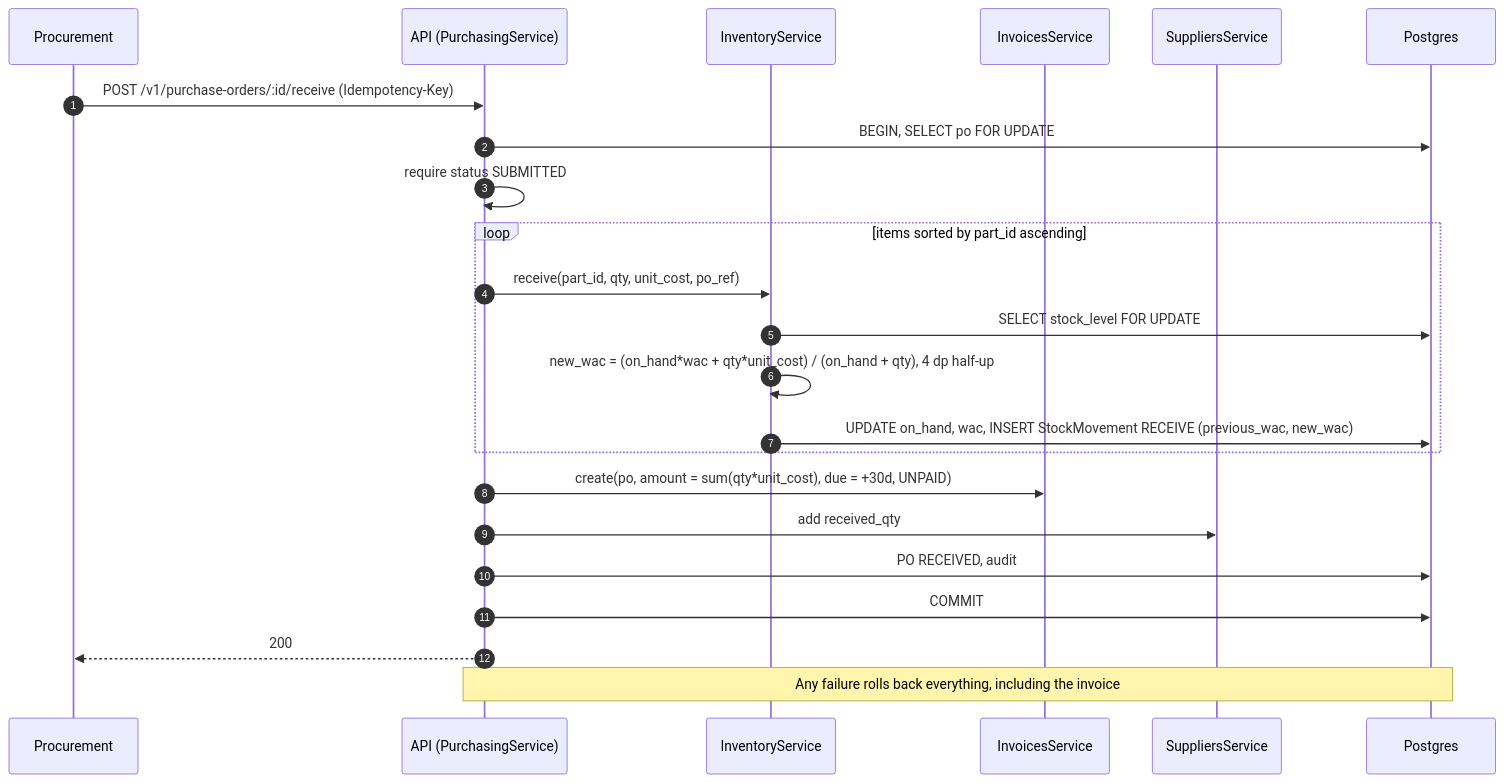
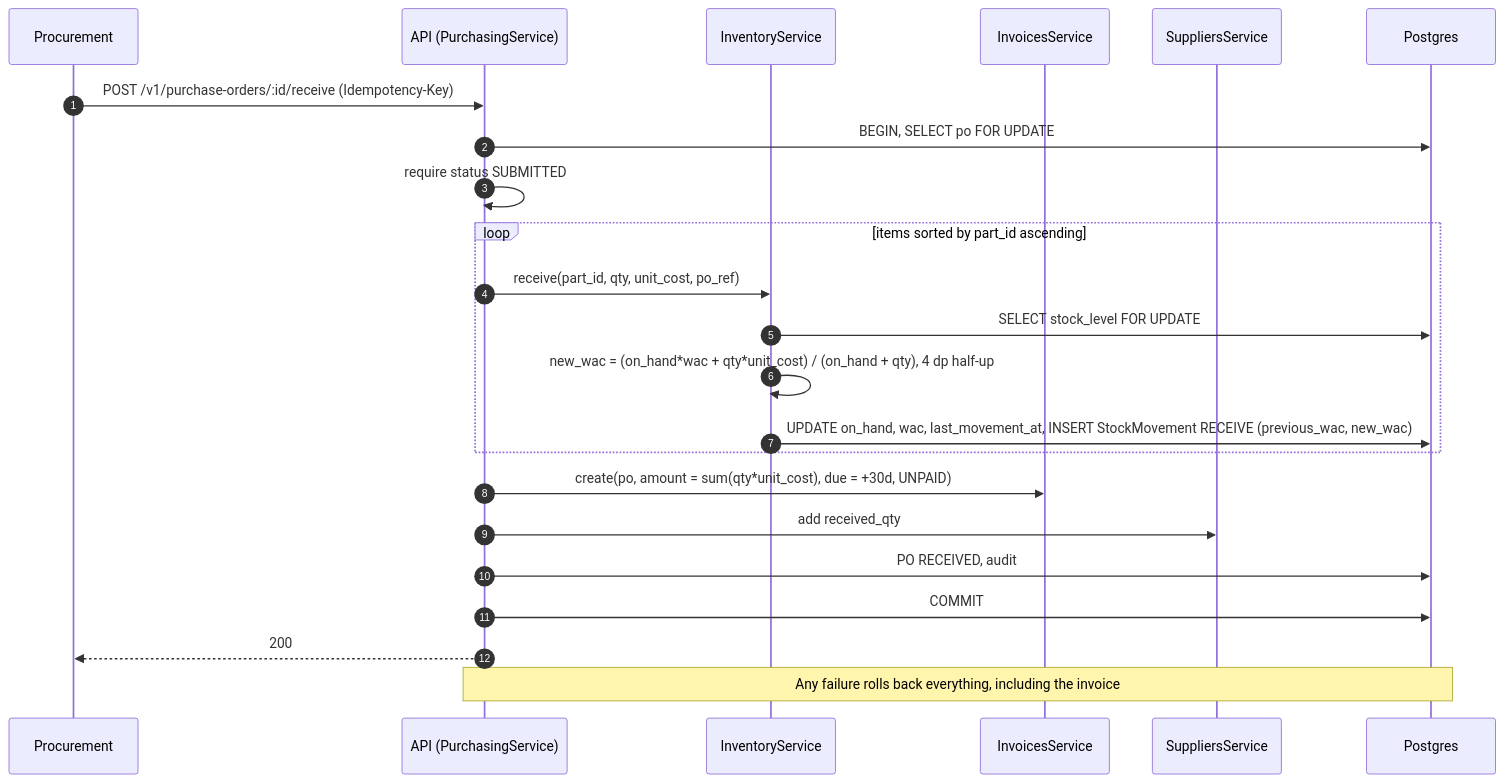
Before and after one commit to abdelrahman-ah1/autoparts-tawfikya: the fifth of 6 diagrams in docs/sequences.md, drawn with Mermaid. The commit also changed other lines of this file and 4 other files, not shown here.

````diff
--- a/docs/sequences.md
+++ b/docs/sequences.md
@@ -143,26 +143,26 @@
 ```mermaid
 sequenceDiagram
   autonumber
   participant P as Procurement
   participant A as API (PurchasingService)
   participant I as InventoryService
   participant V as InvoicesService
   participant S as SuppliersService
   participant D as Postgres
 
   P->>A: POST /v1/purchase-orders/:id/receive (Idempotency-Key)
   A->>D: BEGIN, SELECT po FOR UPDATE
   A->>A: require status SUBMITTED
   loop items sorted by part_id ascending
     A->>I: receive(part_id, qty, unit_cost, po_ref)
     I->>D: SELECT stock_level FOR UPDATE
     I->>I: new_wac = (on_hand*wac + qty*unit_cost) / (on_hand + qty), 4 dp half-up
-    I->>D: UPDATE on_hand, wac, INSERT StockMovement RECEIVE (previous_wac, new_wac)
+    I->>D: UPDATE on_hand, wac, last_movement_at, INSERT StockMovement RECEIVE (previous_wac, new_wac)
   end
   A->>V: create(po, amount = sum(qty*unit_cost), due = +30d, UNPAID)
   A->>S: add received_qty
   A->>D: PO RECEIVED, audit
   A->>D: COMMIT
   A-->>P: 200
   Note over A,D: Any failure rolls back everything, including the invoice
 ```
````
